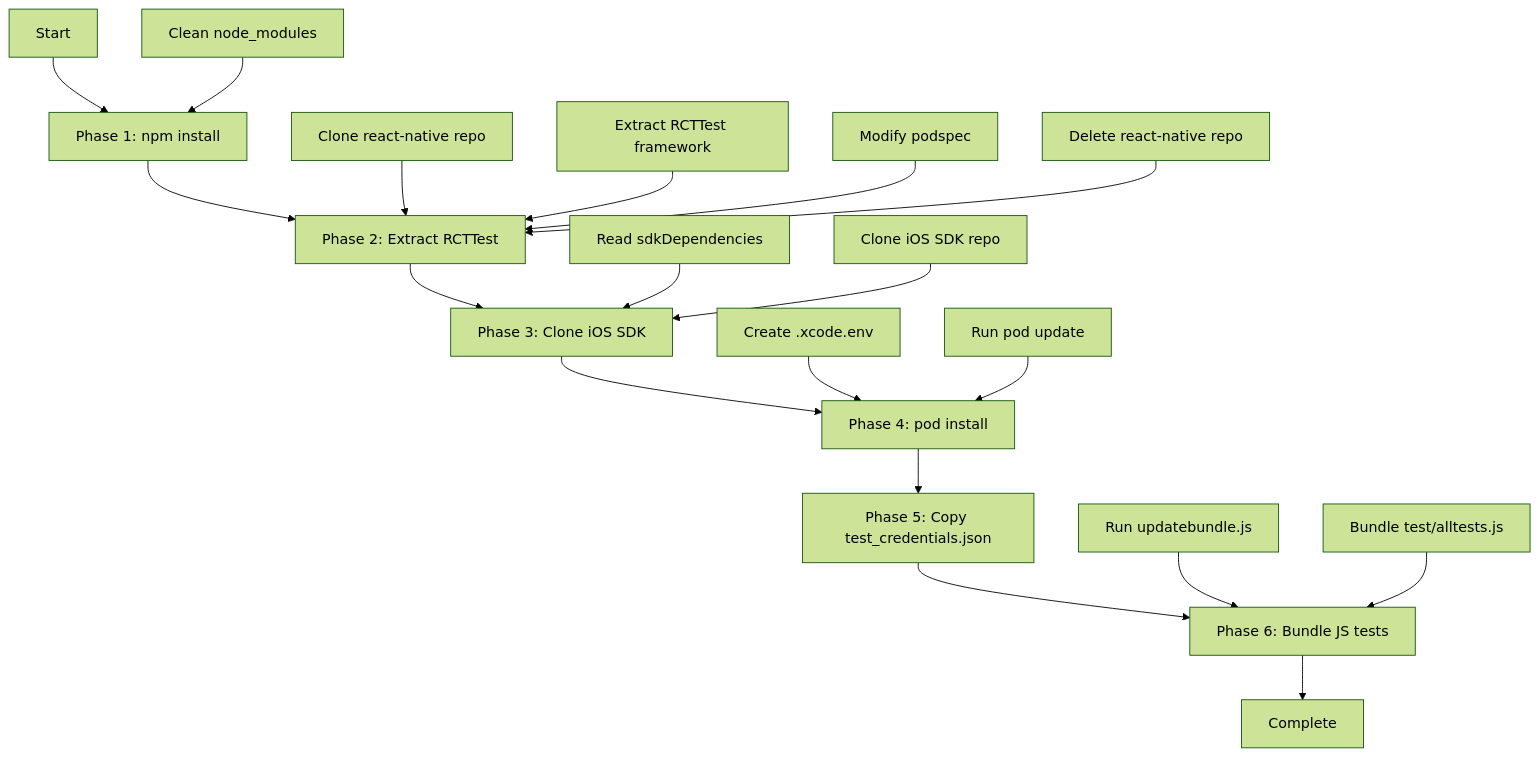
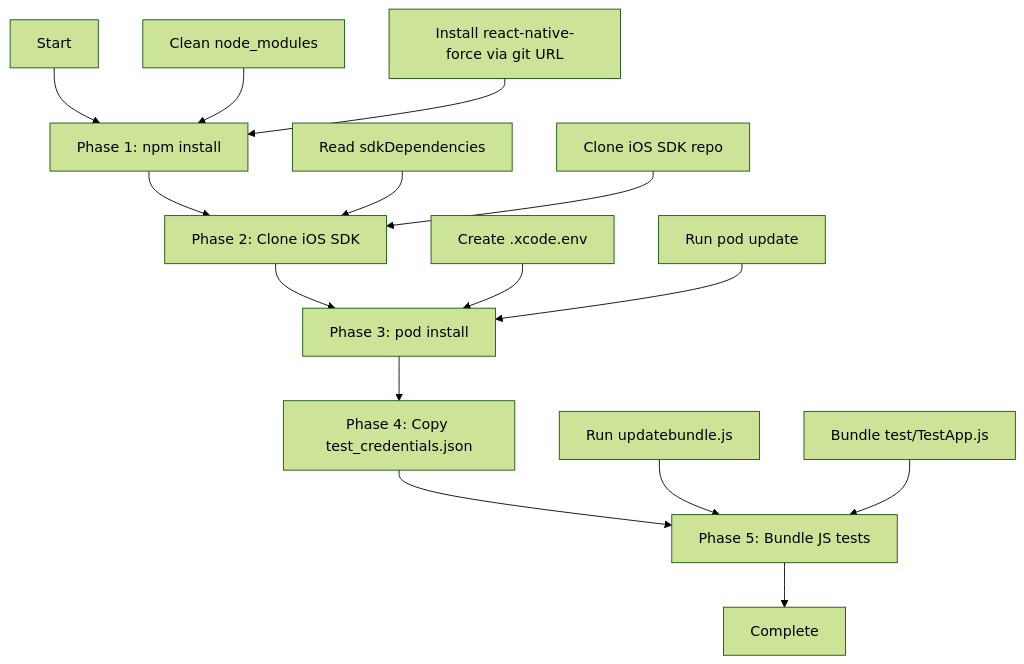
One commit to forcedotcom/SalesforceMobileSDK-ReactNative changed the diagram in docs/ios-tests/PREPAREIOS_DETAILED.md. Above: the diagram before and after it, drawn with Mermaid (forest theme). The commit also changed other lines of this file and 2 other files, not shown here.

First line of the commit message:
Update documentation to reflect UI-driven test infrastructure

````diff
--- a/docs/ios-tests/PREPAREIOS_DETAILED.md
+++ b/docs/ios-tests/PREPAREIOS_DETAILED.md
@@ -29,25 +25,21 @@
 ```mermaid
 graph TB
     A[Start] --> B[Phase 1: npm install]
-    B --> C[Phase 2: Extract RCTTest]
-    C --> D[Phase 3: Clone iOS SDK]
-    D --> E[Phase 4: pod install]
-    E --> F[Phase 5: Copy test_credentials.json]
-    F --> G[Phase 6: Bundle JS tests]
-    G --> H[Complete]
+    B --> C[Phase 2: Clone iOS SDK]
+    C --> D[Phase 3: pod install]
+    D --> E[Phase 4: Copy test_credentials.json]
+    E --> F[Phase 5: Bundle JS tests]
+    F --> G[Complete]
     
     C1[Clean node_modules] --> B
-    C2[Clone react-native repo] --> C
-    C3[Extract RCTTest framework] --> C
-    C4[Modify podspec] --> C
-    C5[Delete react-native repo] --> C
+    C2[Install react-native-force via git URL] --> B
     
-    D1[Read sdkDependencies] --> D
-    D2[Clone iOS SDK repo] --> D
+    D1[Read sdkDependencies] --> C
+    D2[Clone iOS SDK repo] --> C
     
-    E1[Create .xcode.env] --> E
-    E2[Run pod update] --> E
+    E1[Create .xcode.env] --> D
+    E2[Run pod update] --> D
     
-    G1[Run updatebundle.js] --> G
-    G2[Bundle test/alltests.js] --> G
+    G1[Run updatebundle.js] --> F
+    G2[Bundle test/TestApp.js] --> F
 ```
````
